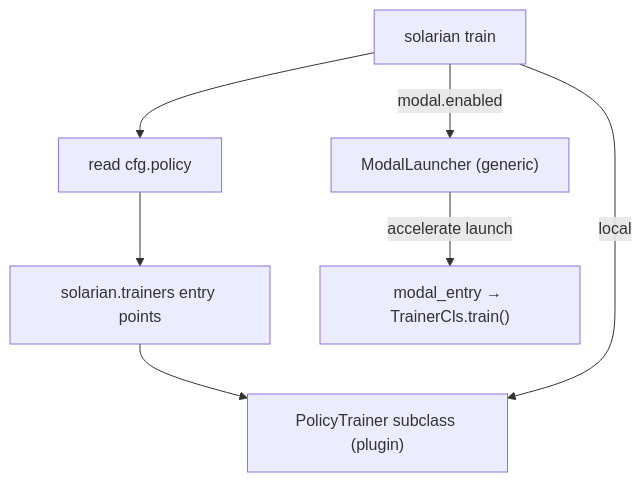
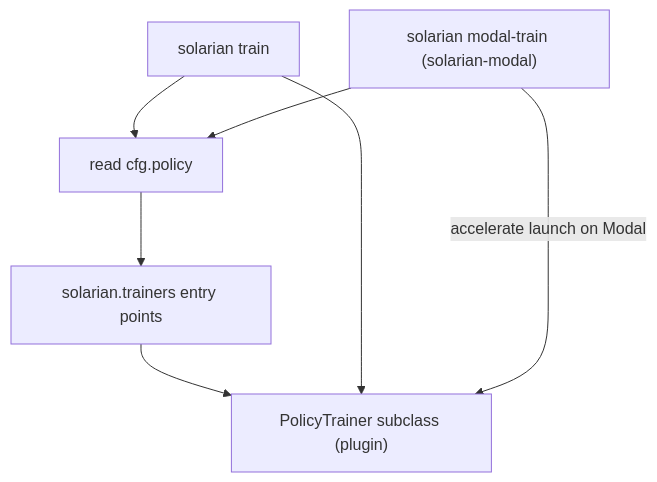
One commit to solarian-dev/solarian changed the diagram in docs/training/page.mdx. Above: the diagram before and after it, drawn with Mermaid. The commit also changed other lines of this file and 10 other files, not shown here.

````diff
--- a/docs/training/page.mdx
+++ b/docs/training/page.mdx
@@ -16,9 +16,9 @@
 ```mermaid
 flowchart TD
     cli["solarian train"] --> resolve["read cfg.policy"]
     resolve --> reg["solarian.trainers entry points"]
     reg --> trainer["PolicyTrainer subclass (plugin)"]
-    cli -->|"modal.enabled"| modal["ModalLauncher (generic)"]
-    modal -->|"accelerate launch"| entry["modal_entry → TrainerCls.train()"]
-    cli -->|"local"| trainer
+    cli --> trainer
+    mcli["solarian modal-train (solarian-modal)"] --> resolve
+    mcli -->|"accelerate launch on Modal"| trainer
 ```
````
